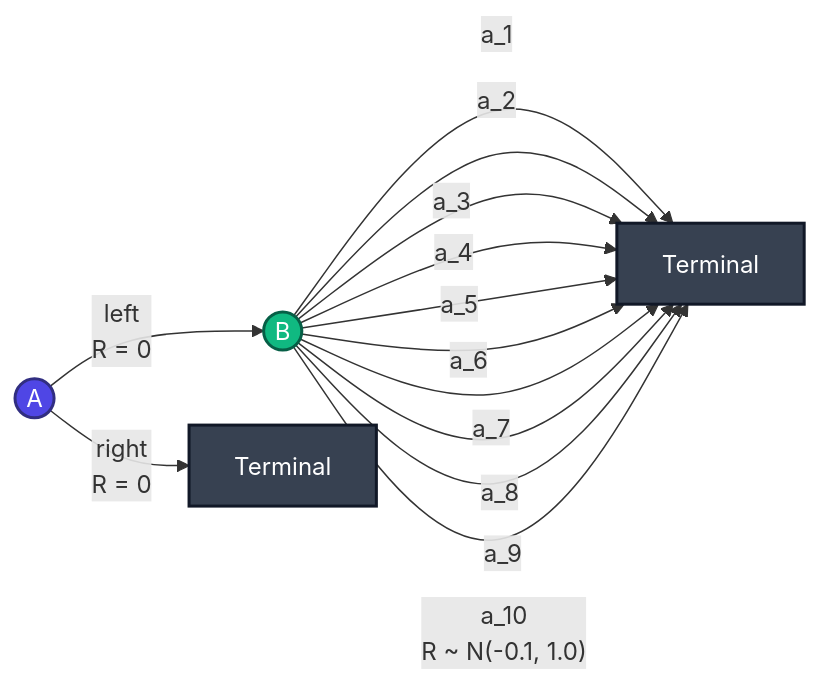
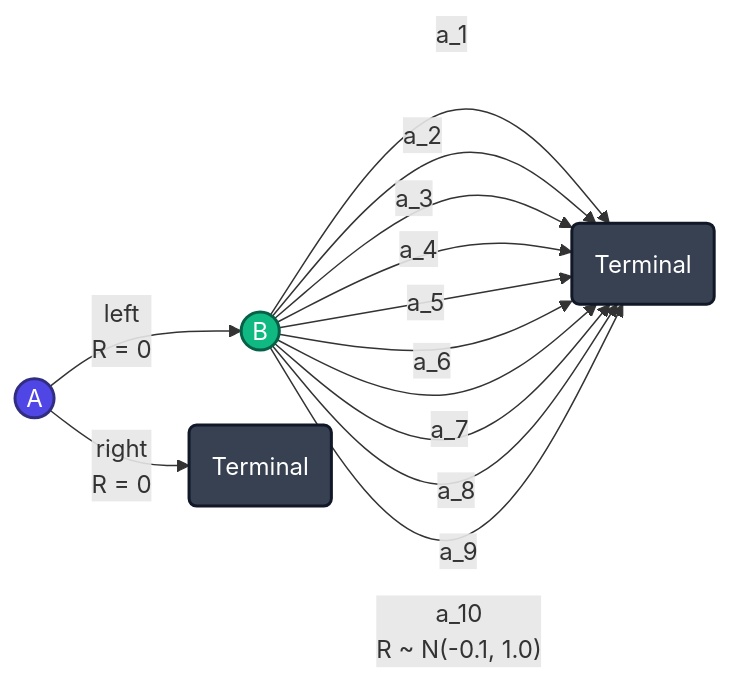
The fifth of 8 diagrams in barto-sutton-notes/lecture5-td/lecture5-td.md (samratkar/drl), drawn with Mermaid before and after one commit.

````diff
--- a/barto-sutton-notes/lecture5-td/lecture5-td.md
+++ b/barto-sutton-notes/lecture5-td/lecture5-td.md
@@ -1162,21 +1162,21 @@
 ```mermaid
 %%{init: {'flowchart': {'curve': 'basis'}}}%%
 graph LR
     A((A)) -->|"left<br>R = 0"| B((B))
-    A -->|"right<br>R = 0"| T1[Terminal]
-    B -->|a_1| T2[Terminal]
+    A -->|"right<br>R = 0"| T1(Terminal)
+    B -->|a_1| T2(Terminal)
     B -->|a_2| T2
     B -->|a_3| T2
     B -->|a_4| T2
     B -->|a_5| T2
     B -->|a_6| T2
     B -->|a_7| T2
     B -->|a_8| T2
     B -->|a_9| T2
     B -->|"a_10<br>R ~ N(-0.1, 1.0)"| T2
 
     style A fill:#4F46E5,stroke:#312E81,stroke-width:2px,color:#fff
     style B fill:#10B981,stroke:#065F46,stroke-width:2px,color:#fff
     style T1 fill:#374151,stroke:#111827,stroke-width:2px,color:#fff
     style T2 fill:#374151,stroke:#111827,stroke-width:2px,color:#fff
 ```
````
